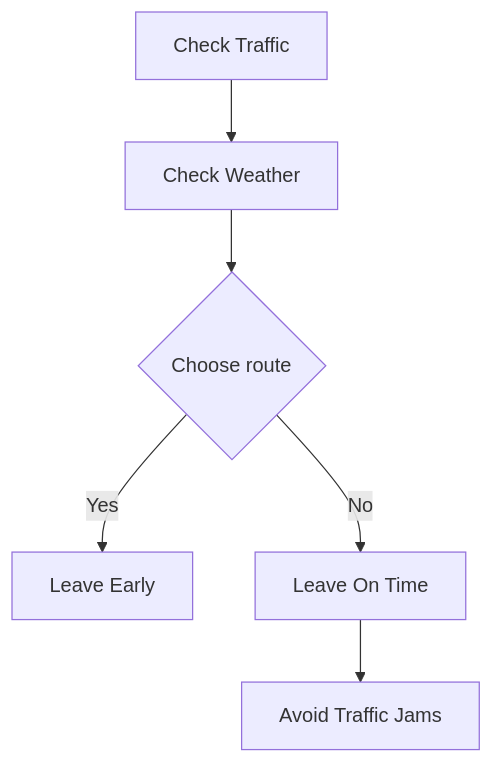
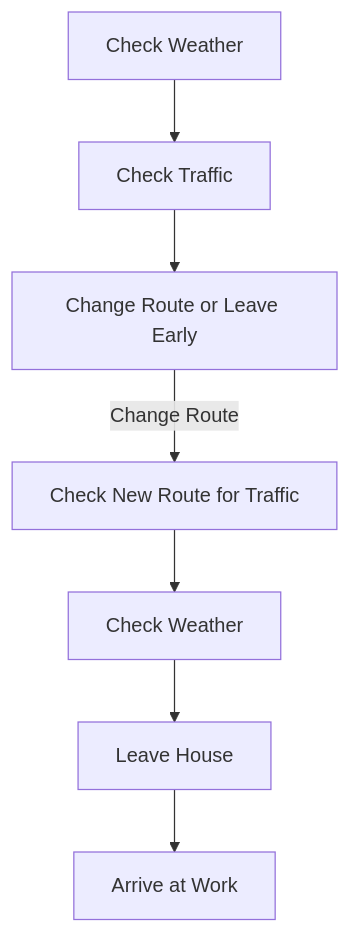
The sixth of 7 diagrams in docs/Workflows-with-LLM-functions_woven.md (antononcube/Raku-LLM-Functions), drawn with Mermaid before and after one commit. The commit also changed other lines of this file, not shown here.

````diff
--- a/docs/Workflows-with-LLM-functions_woven.md
+++ b/docs/Workflows-with-LLM-functions_woven.md
@@ -861,8 +820,9 @@
 ```mermaid
-graph TD
-A[Check Traffic] --> B[Check Weather]
-B --> C{Choose route}
-C -- Yes --> D[Leave Early]
-C -- No --> E[Leave On Time]
-E --> F[Avoid Traffic Jams]
+graph TD;
+  A[Check Weather]-->B[Check Traffic];
+  B-->C[Change Route or Leave Early];
+  C-->|Change Route|D[Check New Route for Traffic];
+  D-->E[Check Weather];
+  E-->F[Leave House];
+  F-->G[Arrive at Work];
 ```
````
